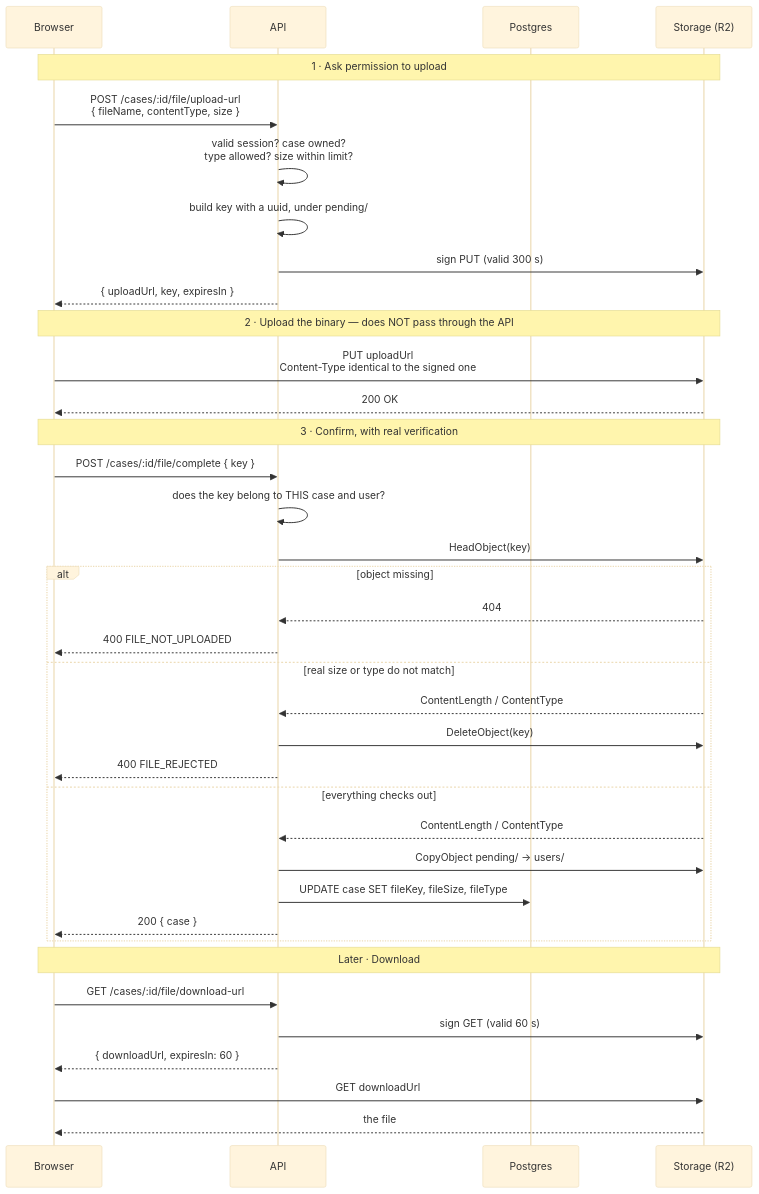
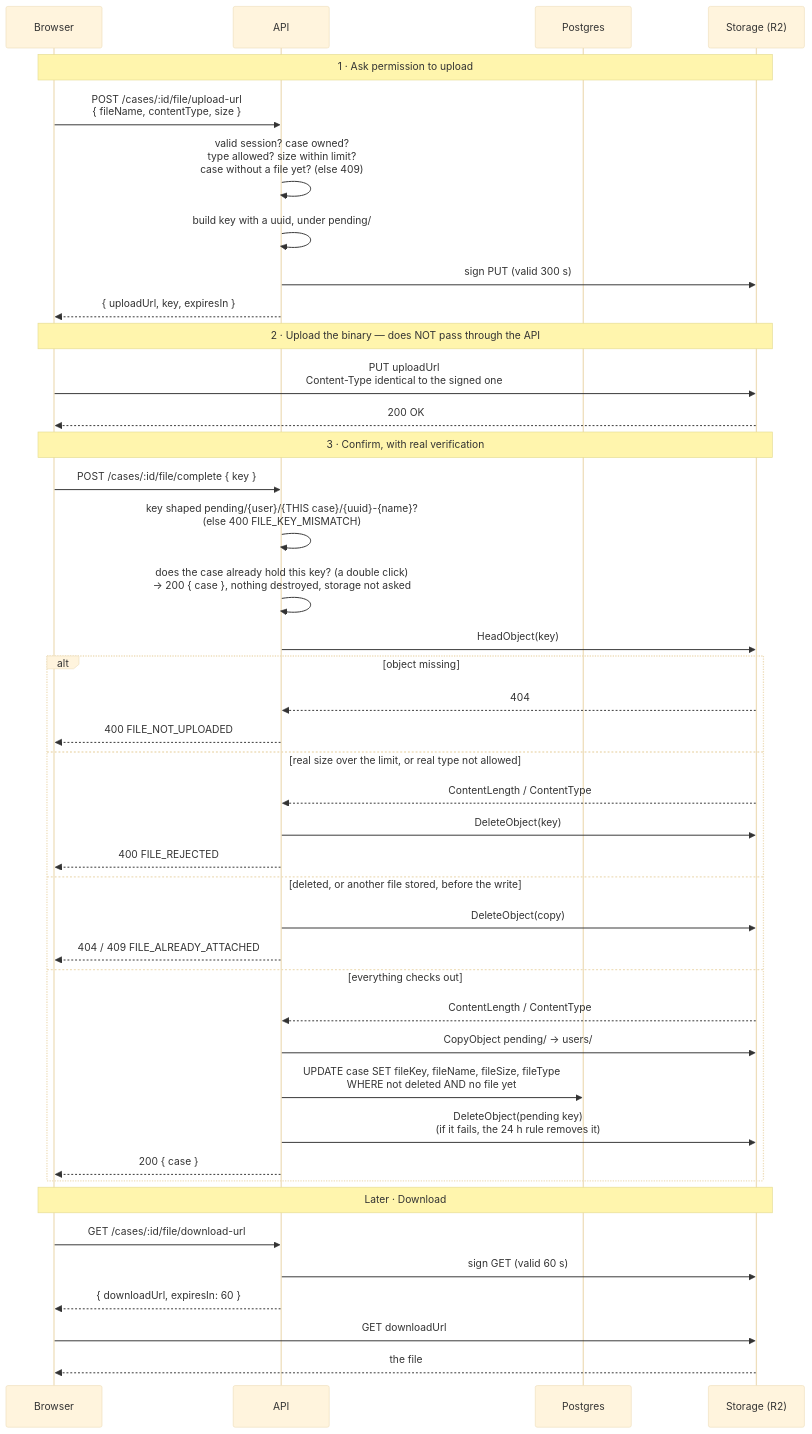
Before and after one commit to VaneeRivass/evidence-manager-api: the third of 3 diagrams in docs/requirements.md, drawn with Mermaid (base theme). The commit also changed other lines of this file and 21 other files, not shown here.

````diff
--- a/docs/requirements.md
+++ b/docs/requirements.md
@@ -284,43 +284,48 @@
 ```mermaid
 sequenceDiagram
     participant B as Browser
     participant A as API
     participant D as Postgres
     participant S as Storage (R2)
 
     Note over B,S: 1 · Ask permission to upload
     B->>A: POST /cases/:id/file/upload-url<br/>{ fileName, contentType, size }
-    A->>A: valid session? case owned?<br/>type allowed? size within limit?
+    A->>A: valid session? case owned?<br/>type allowed? size within limit?<br/>case without a file yet? (else 409)
     A->>A: build key with a uuid, under pending/
     A->>S: sign PUT (valid 300 s)
     A-->>B: { uploadUrl, key, expiresIn }
 
     Note over B,S: 2 · Upload the binary — does NOT pass through the API
     B->>S: PUT uploadUrl<br/>Content-Type identical to the signed one
     S-->>B: 200 OK
 
     Note over B,S: 3 · Confirm, with real verification
     B->>A: POST /cases/:id/file/complete { key }
-    A->>A: does the key belong to THIS case and user?
+    A->>A: key shaped pending/{user}/{THIS case}/{uuid}-{name}?<br/>(else 400 FILE_KEY_MISMATCH)
+    A->>A: does the case already hold this key? (a double click)<br/>→ 200 { case }, nothing destroyed, storage not asked
     A->>S: HeadObject(key)
     alt object missing
         S-->>A: 404
         A-->>B: 400 FILE_NOT_UPLOADED
-    else real size or type do not match
+    else real size over the limit, or real type not allowed
         S-->>A: ContentLength / ContentType
         A->>S: DeleteObject(key)
         A-->>B: 400 FILE_REJECTED
+    else deleted, or another file stored, before the write
+        A->>S: DeleteObject(copy)
+        A-->>B: 404 / 409 FILE_ALREADY_ATTACHED
     else everything checks out
         S-->>A: ContentLength / ContentType
         A->>S: CopyObject pending/ → users/
-        A->>D: UPDATE case SET fileKey, fileSize, fileType
+        A->>D: UPDATE case SET fileKey, fileName, fileSize, fileType<br/>WHERE not deleted AND no file yet
+        A->>S: DeleteObject(pending key)<br/>(if it fails, the 24 h rule removes it)
         A-->>B: 200 { case }
     end
 
     Note over B,S: Later · Download
     B->>A: GET /cases/:id/file/download-url
     A->>S: sign GET (valid 60 s)
     A-->>B: { downloadUrl, expiresIn: 60 }
     B->>S: GET downloadUrl
     S-->>B: the file
 ```
````
